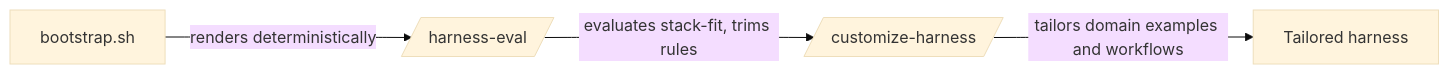
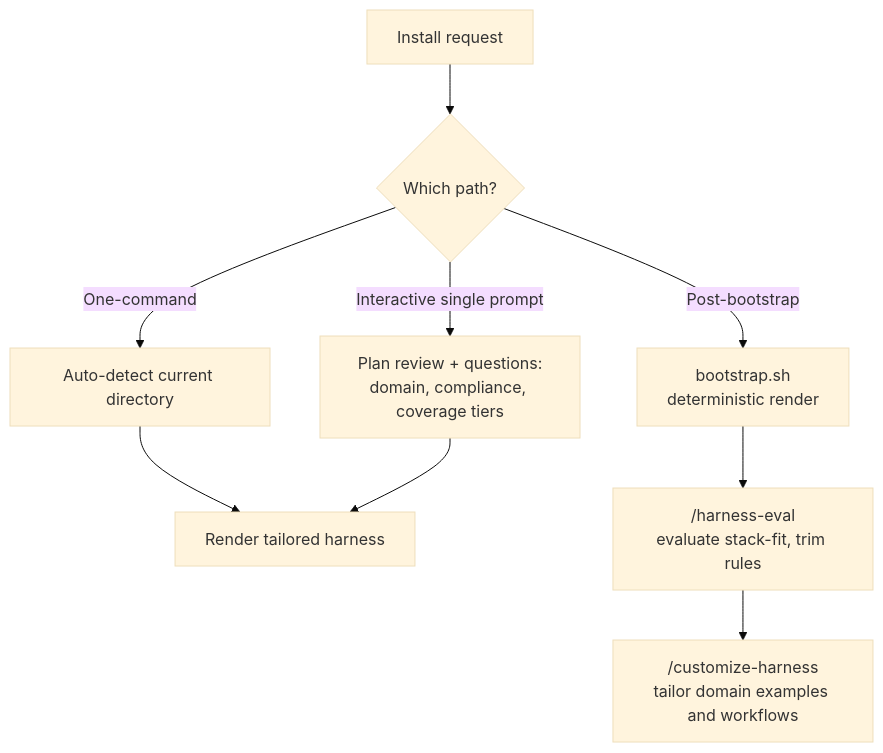
Before and after one commit to hybridindie/wiki-fabric: the diagram in wiki/topics/instructions-and-rules-installation.md, drawn with Mermaid (base theme). The commit also changed other lines of this file and 43 other files, not shown here.

````diff
--- a/wiki/topics/instructions-and-rules-installation.md
+++ b/wiki/topics/instructions-and-rules-installation.md
@@ -26,6 +34,11 @@
 ```mermaid
-flowchart LR
-    A[bootstrap.sh] -->|renders deterministically| B[/harness-eval/]
-    B -->|evaluates stack-fit, trims rules| C[/customize-harness/]
-    C -->|tailors domain examples and workflows| D[Tailored harness]
+flowchart TD
+    A[Install request] --> B{Which path?}
+    B -->|One-command| C[Auto-detect current directory]
+    C --> D[Render tailored harness]
+    B -->|Interactive single prompt| E["Plan review + questions:<br/>domain, compliance, coverage tiers"]
+    E --> D
+    B -->|Post-bootstrap| F["bootstrap.sh<br/>deterministic render"]
+    F --> G["/harness-eval<br/>evaluate stack-fit, trim rules"]
+    G --> H["/customize-harness<br/>tailor domain examples and workflows"]
 ```
````
